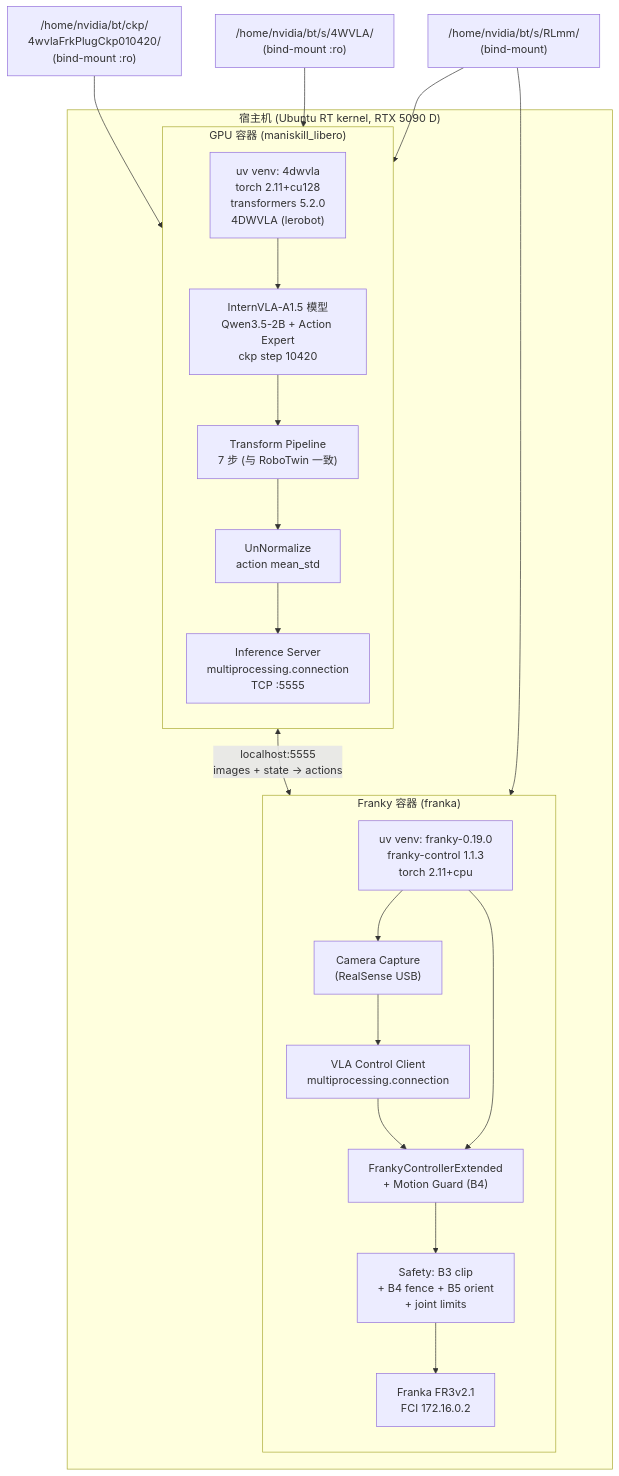
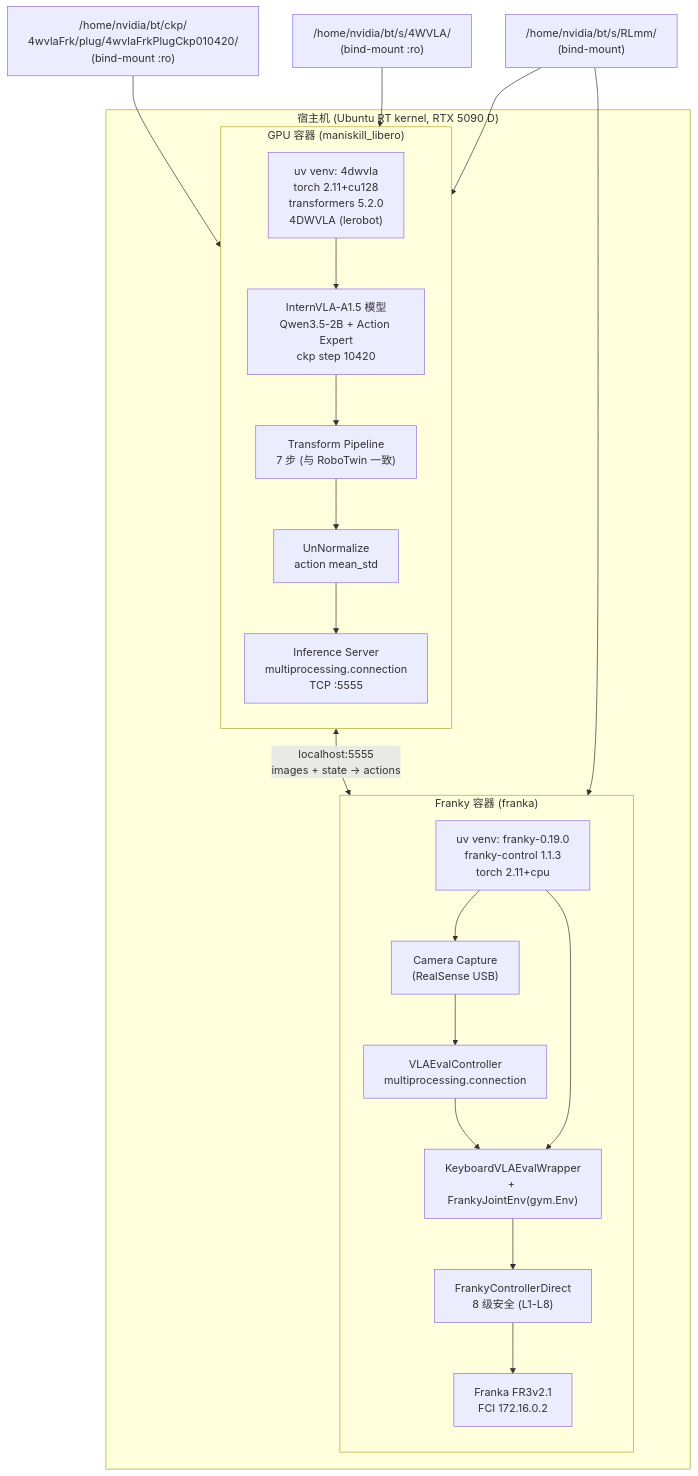
The first of 6 diagrams in b/d/frk1/4wvla_rlinf_eval_3A3.md (Avant-US/RLinf), drawn with Mermaid before and after one commit. The commit also changed other lines of this file and 8 other files, not shown here.

````diff
--- a/b/d/frk1/4wvla_rlinf_eval_3A3.md
+++ b/b/d/frk1/4wvla_rlinf_eval_3A3.md
@@ -180,39 +182,39 @@
 ```mermaid
 flowchart TB
     subgraph Host ["宿主机 (Ubuntu RT kernel, RTX 5090 D)"]
         subgraph GPU ["GPU 容器 (maniskill_libero)"]
             direction TB
             VENV["uv venv: 4dwvla<br/>torch 2.11+cu128<br/>transformers 5.2.0<br/>4DWVLA (lerobot)"]
             MODEL["InternVLA-A1.5 模型<br/>Qwen3.5-2B + Action Expert<br/>ckp step 10420"]
             TRANS["Transform Pipeline<br/>7 步 (与 RoboTwin 一致)"]
             UNNORM["UnNormalize<br/>action mean_std"]
             SERVER["Inference Server<br/>multiprocessing.connection<br/>TCP :5555"]
             VENV --> MODEL --> TRANS --> UNNORM --> SERVER
         end
 
         subgraph FRK ["Franky 容器 (franka)"]
             direction TB
             FVENV["uv venv: franky-0.19.0<br/>franky-control 1.1.3<br/>torch 2.11+cpu"]
             CAM["Camera Capture<br/>(RealSense USB)"]
-            CLIENT["VLA Control Client<br/>multiprocessing.connection"]
-            CTRL["FrankyControllerExtended<br/>+ Motion Guard (B4)"]
-            SAFETY["Safety: B3 clip<br/>+ B4 fence + B5 orient<br/>+ joint limits"]
+            CLIENT["VLAEvalController<br/>multiprocessing.connection"]
+            ENV["KeyboardVLAEvalWrapper<br/>+ FrankyJointEnv(gym.Env)"]
+            CTRL["FrankyControllerDirect<br/>8 级安全 (L1-L8)"]
             ROBOT["Franka FR3v2.1<br/>FCI 172.16.0.2"]
             CAM --> CLIENT
-            CLIENT --> CTRL --> SAFETY --> ROBOT
+            CLIENT --> ENV --> CTRL --> ROBOT
             FVENV --> CAM
-            FVENV --> CTRL
+            FVENV --> ENV
         end
 
         GPU <-->|"localhost:5555<br/>images + state → actions"| FRK
     end
 
-    CKPT["/home/nvidia/bt/ckp/<br/>4wvlaFrkPlugCkp010420/<br/>(bind-mount :ro)"]
+    CKPT["/home/nvidia/bt/ckp/<br/>4wvlaFrk/plug/4wvlaFrkPlugCkp010420/<br/>(bind-mount :ro)"]
     CODE_VLA["/home/nvidia/bt/s/4WVLA/<br/>(bind-mount :ro)"]
     CODE_RLINF["/home/nvidia/bt/s/RLmm/<br/>(bind-mount)"]
 
     CKPT --> GPU
     CODE_VLA --> GPU
     CODE_RLINF --> GPU
     CODE_RLINF --> FRK
 ```
````
